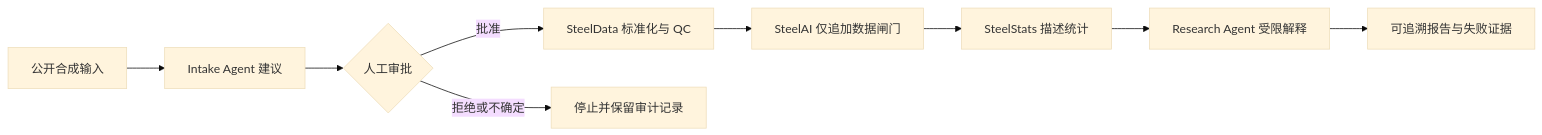
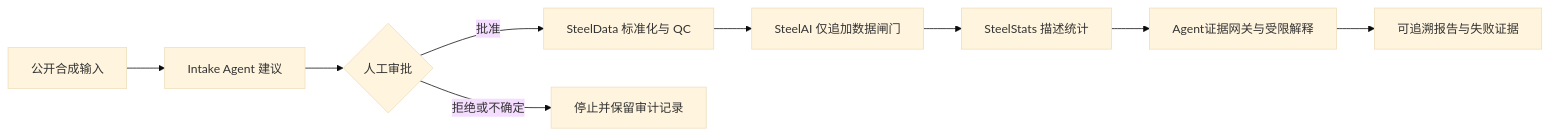
The diagram in README.md (shidao23/steelai-workbench), drawn with Mermaid (base theme) before and after one commit. The commit also changed other lines of this file and 221 other files, not shown here.

````diff
--- a/README.md
+++ b/README.md
@@ -52,11 +77,11 @@
 ```mermaid
 flowchart LR
     A[公开合成输入] --> B[Intake Agent 建议]
     B --> C{人工审批}
     C -->|批准| D[SteelData 标准化与 QC]
     C -->|拒绝或不确定| X[停止并保留审计记录]
     D --> E[SteelAI 仅追加数据闸门]
     E --> F[SteelStats 描述统计]
-    F --> G[Research Agent 受限解释]
+    F --> G[Agent证据网关与受限解释]
     G --> H[可追溯报告与失败证据]
 ```
````
